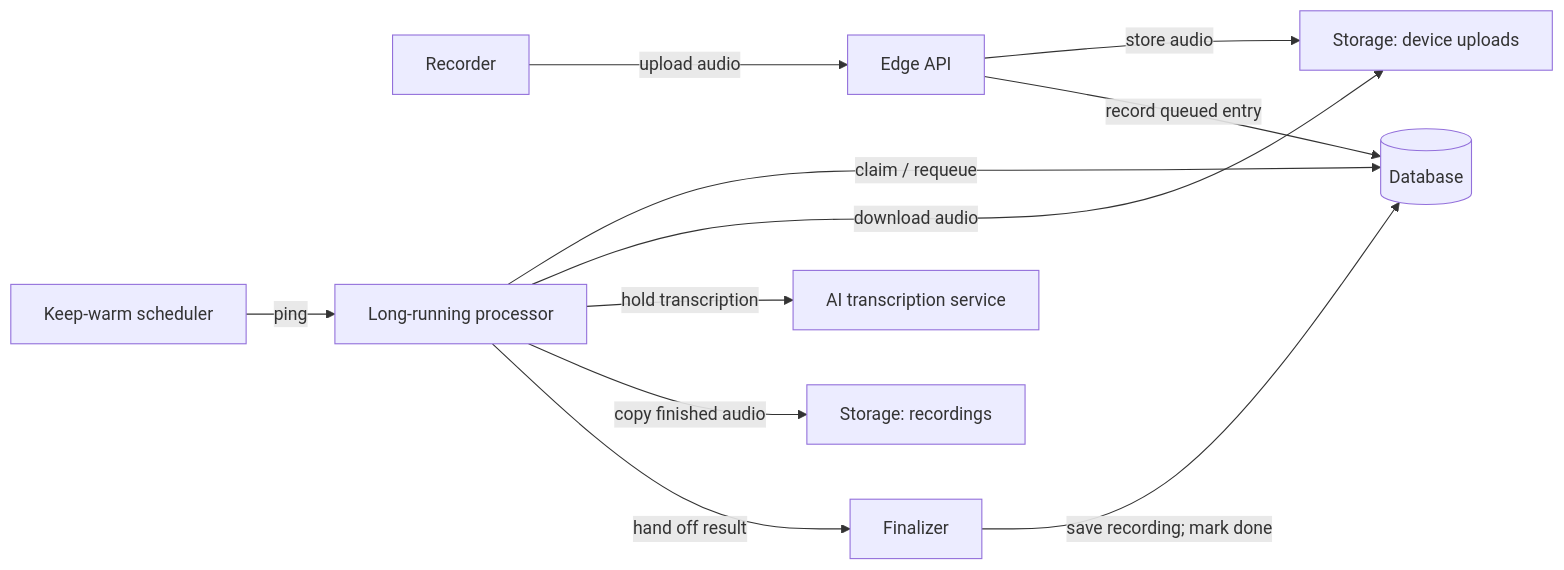
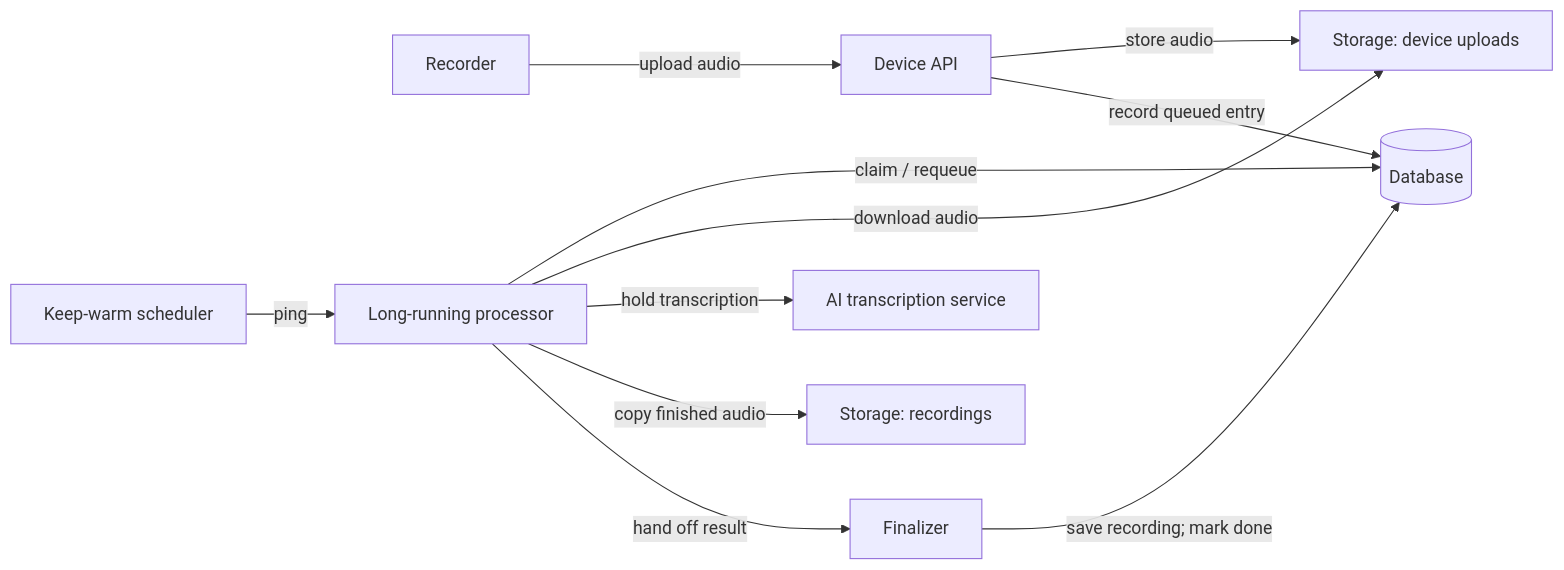
Before and after one commit to Longcao24/sate-companion: the second of 4 diagrams in docs-site/docs/guides/backend.md, drawn with Mermaid. The commit also changed other lines of this file and 11 other files, not shown here.

````diff
--- a/docs-site/docs/guides/backend.md
+++ b/docs-site/docs/guides/backend.md
@@ -74,13 +74,13 @@
 ```mermaid
 flowchart LR
-    D["Recorder"] -->|"upload audio"| API["Edge API"]
+    D["Recorder"] -->|"upload audio"| API["Device API"]
     API -->|"store audio"| DS["Storage: device uploads"]
     API -->|"record queued entry"| PG[("Database")]
     CRON["Keep-warm scheduler"] -->|"ping"| C["Long-running processor"]
     C -->|"claim / requeue"| PG
     C -->|"download audio"| DS
     C -->|"hold transcription"| AI["AI transcription service"]
     C -->|"copy finished audio"| REC["Storage: recordings"]
     C -->|"hand off result"| FIN["Finalizer"]
     FIN -->|"save recording; mark done"| PG
 ```
````
